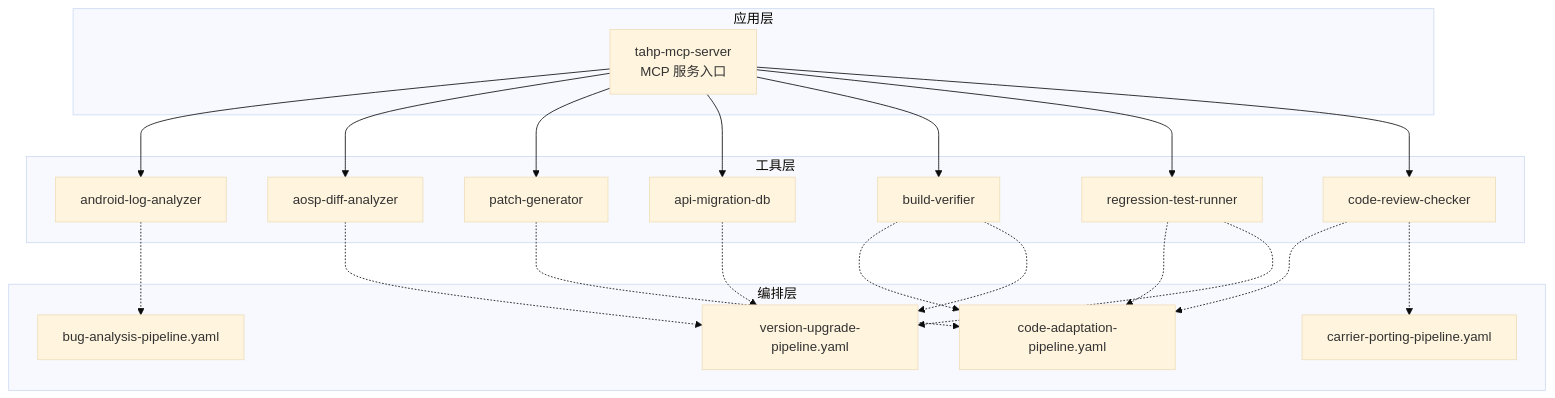
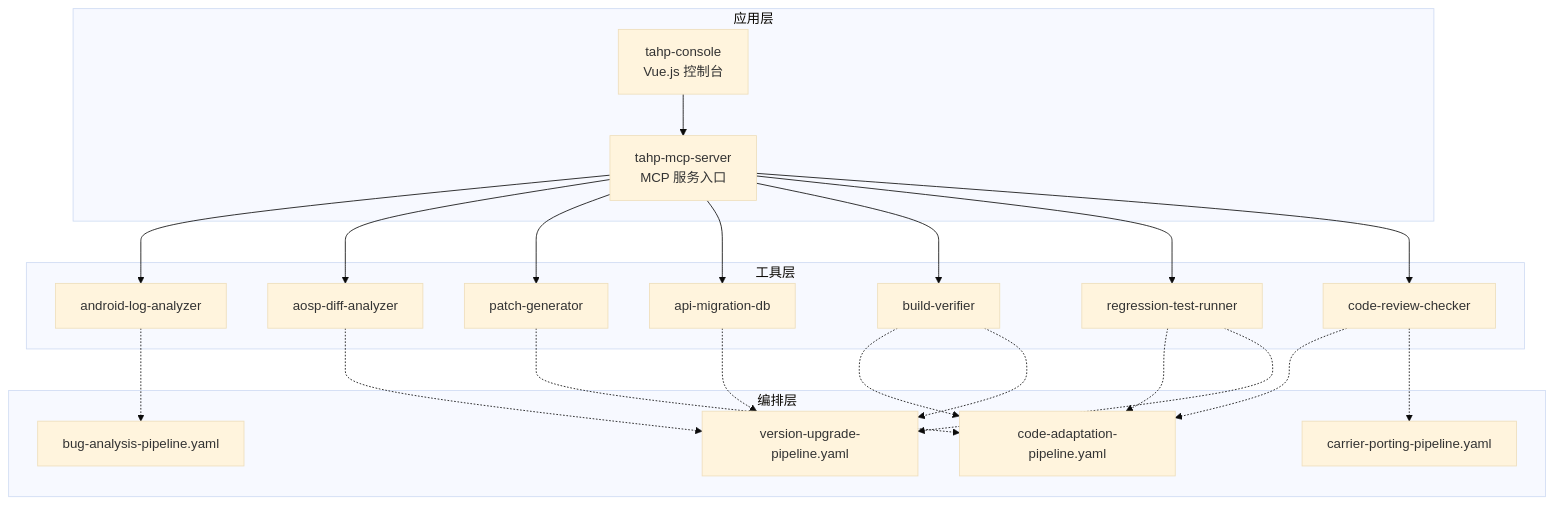
The first of 17 diagrams in .qoder/repowiki/zh/content/部署与运维.md (afcartevil/automated-test-script), drawn with Mermaid (base theme) before and after one commit. The commit also changed other lines of this file and 650 other files, not shown here.

````diff
--- a/.qoder/repowiki/zh/content/部署与运维.md
+++ b/.qoder/repowiki/zh/content/部署与运维.md
@@ -61,38 +75,40 @@
 ```mermaid
 graph TB
 subgraph "应用层"
 S["tahp-mcp-server<br/>MCP 服务入口"]
+V["tahp-console<br/>Vue.js 控制台"]
 end
 subgraph "工具层"
 T1["android-log-analyzer"]
 T2["aosp-diff-analyzer"]
 T3["patch-generator"]
 T4["api-migration-db"]
 T5["build-verifier"]
 T6["regression-test-runner"]
 T7["code-review-checker"]
 end
 subgraph "编排层"
 P1["bug-analysis-pipeline.yaml"]
 P2["code-adaptation-pipeline.yaml"]
 P3["version-upgrade-pipeline.yaml"]
 P4["carrier-porting-pipeline.yaml"]
 end
 S --> T1
 S --> T2
 S --> T3
 S --> T4
 S --> T5
 S --> T6
 S --> T7
+V --> S
 T1 -.-> P1
 T2 -.-> P3
 T3 -.-> P2
 T4 -.-> P3
 T5 -.-> P2
 T6 -.-> P2
 T7 -.-> P2
 T5 -.-> P3
 T6 -.-> P3
 T7 -.-> P4
 ```
````
